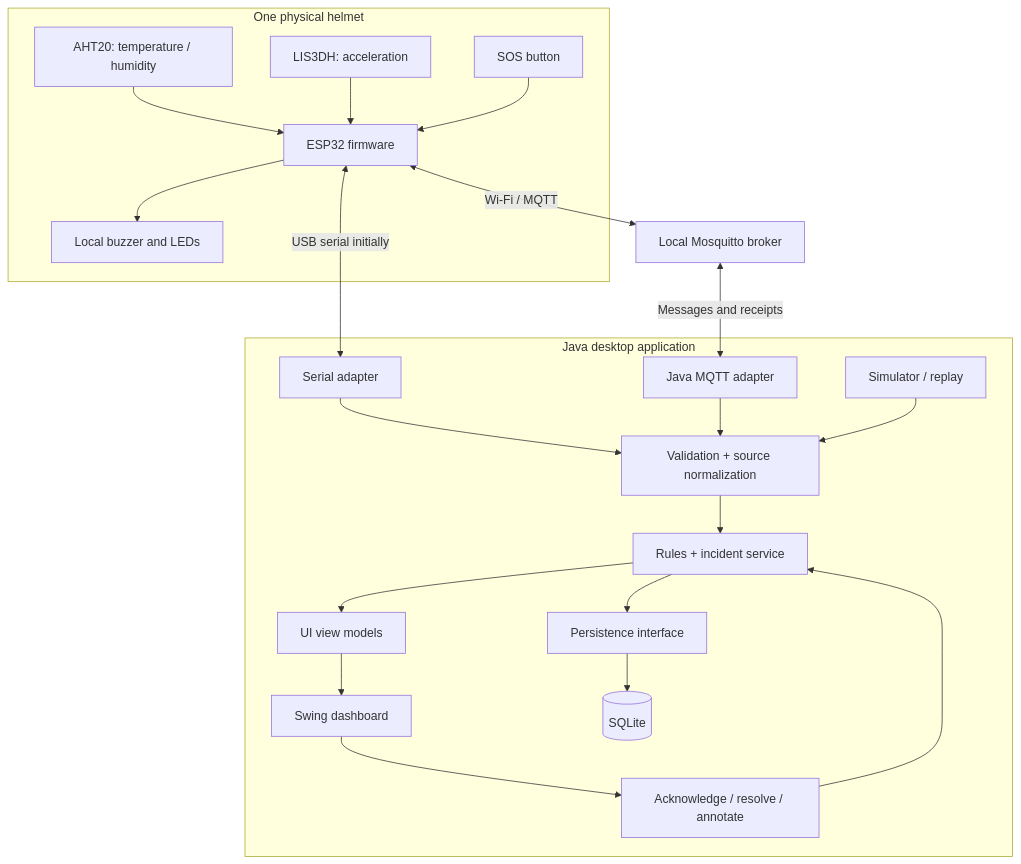
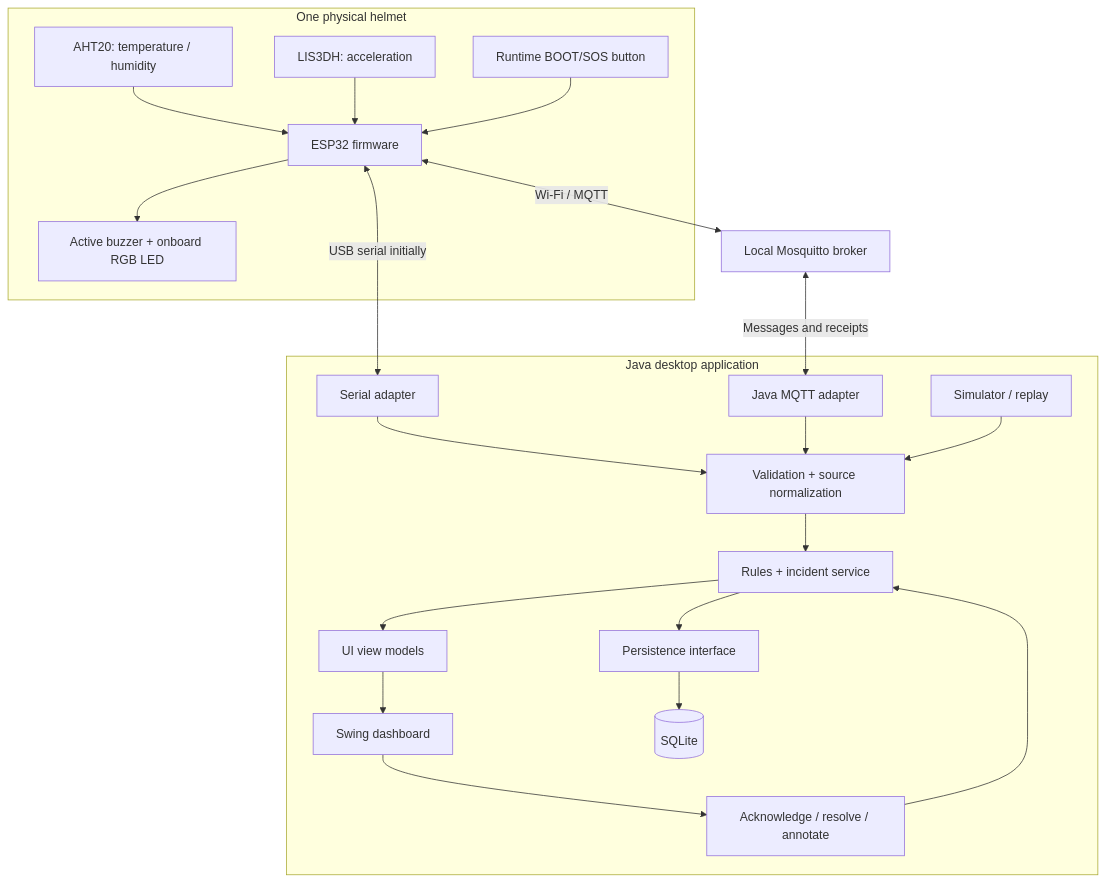
Before and after one commit to Ismoiljon1101/siteguard: the first of 2 diagrams in docs/SYSTEM_DESIGN.md, drawn with Mermaid. The commit also changed other lines of this file and 6 other files, not shown here.

````diff
--- a/docs/SYSTEM_DESIGN.md
+++ b/docs/SYSTEM_DESIGN.md
@@ -7,24 +9,24 @@
 ```mermaid
 flowchart TB
     subgraph Helmet["One physical helmet"]
         Env["AHT20: temperature / humidity"] --> Firmware["ESP32 firmware"]
         Motion["LIS3DH: acceleration"] --> Firmware
-        Button["SOS button"] --> Firmware
-        Firmware --> Local["Local buzzer and LEDs"]
+        Button["Runtime BOOT/SOS button"] --> Firmware
+        Firmware --> Local["Active buzzer + onboard RGB LED"]
     end
     Firmware <-->|"USB serial initially"| Serial["Serial adapter"]
     Firmware <-->|"Wi-Fi / MQTT"| Broker["Local Mosquitto broker"]
     Broker <-->|"Messages and receipts"| MQTT["Java MQTT adapter"]
     subgraph Java["Java desktop application"]
         Serial --> Ingest["Validation + source normalization"]
         MQTT --> Ingest
         Simulator["Simulator / replay"] --> Ingest
         Ingest --> Rules["Rules + incident service"]
         Rules --> Repository["Persistence interface"]
         Rules --> View["UI view models"]
         View --> Swing["Swing dashboard"]
         Swing --> Actions["Acknowledge / resolve / annotate"]
         Actions --> Rules
         Repository --> DB[("SQLite")]
     end
 ```
````
